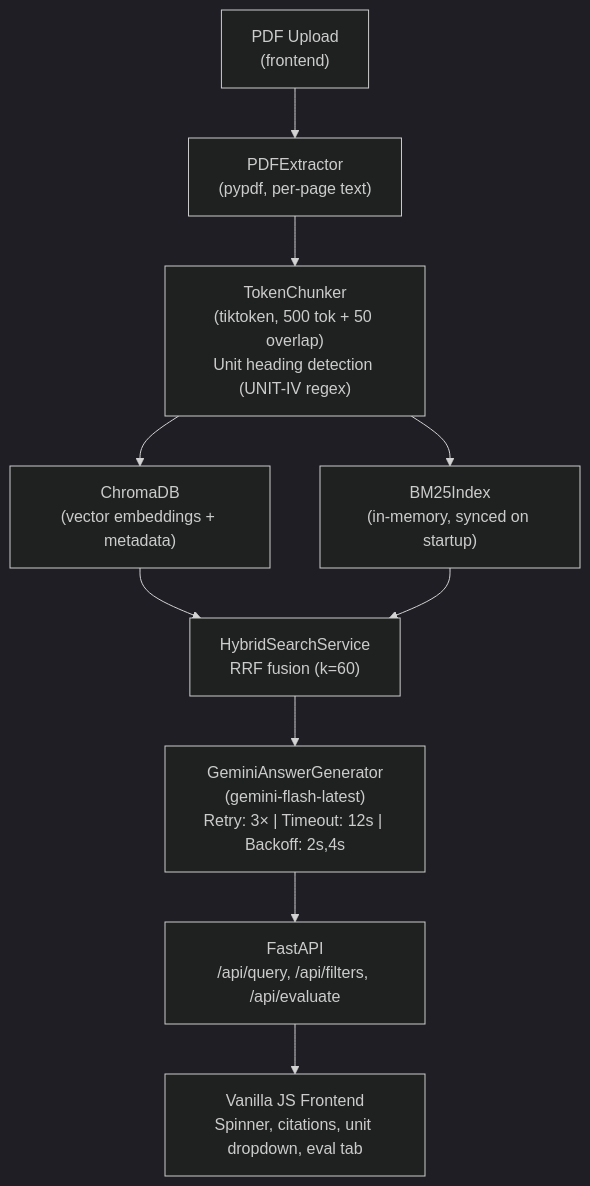
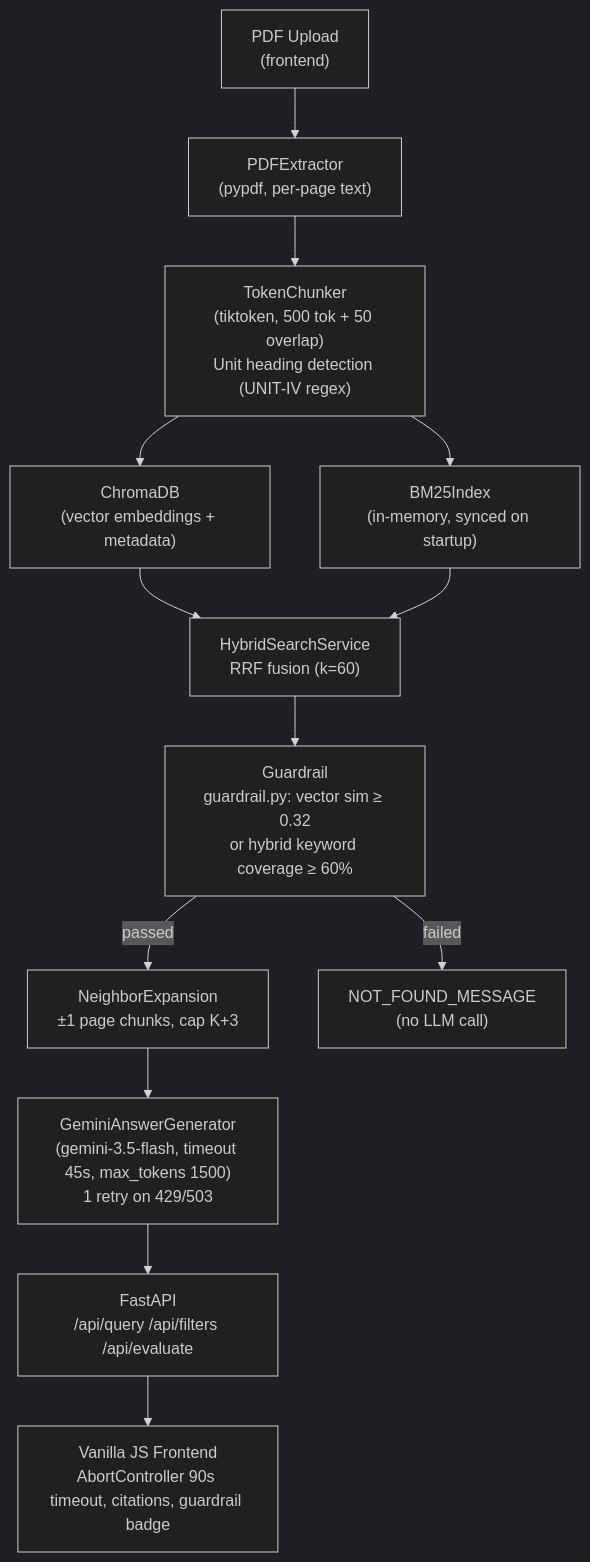
One commit to Mukesh728/arise-rag-pro changed the diagram in README.md. Above: the diagram before and after it, drawn with Mermaid (dark theme). The commit also changed other lines of this file and 11 other files, not shown here.

````diff
--- a/README.md
+++ b/README.md
@@ -21,11 +23,14 @@
 ```mermaid
 flowchart TD
     A["PDF Upload\n(frontend)"] --> B["PDFExtractor\n(pypdf, per-page text)"]
     B --> C["TokenChunker\n(tiktoken, 500 tok + 50 overlap)\nUnit heading detection (UNIT-IV regex)"]
     C --> D["ChromaDB\n(vector embeddings + metadata)"]
     C --> E["BM25Index\n(in-memory, synced on startup)"]
     D & E --> F["HybridSearchService\nRRF fusion (k=60)"]
-    F --> G["GeminiAnswerGenerator\n(gemini-flash-latest)\nRetry: 3× | Timeout: 12s | Backoff: 2s,4s"]
-    G --> H["FastAPI\n/api/query, /api/filters, /api/evaluate"]
-    H --> I["Vanilla JS Frontend\nSpinner, citations, unit dropdown, eval tab"]
+    F --> G["Guardrail\nguardrail.py: vector sim ≥ 0.32\nor hybrid keyword coverage ≥ 60%"]
+    G -->|"passed"| H["NeighborExpansion\n±1 page chunks, cap K+3"]
+    G -->|"failed"| I["NOT_FOUND_MESSAGE\n(no LLM call)"]
+    H --> J["GeminiAnswerGenerator\n(gemini-3.5-flash, timeout 45s, max_tokens 1500)\n1 retry on 429/503"]
+    J --> K["FastAPI\n/api/query /api/filters /api/evaluate"]
+    K --> L["Vanilla JS Frontend\nAbortController 90s timeout, citations, guardrail badge"]
 ```
````
